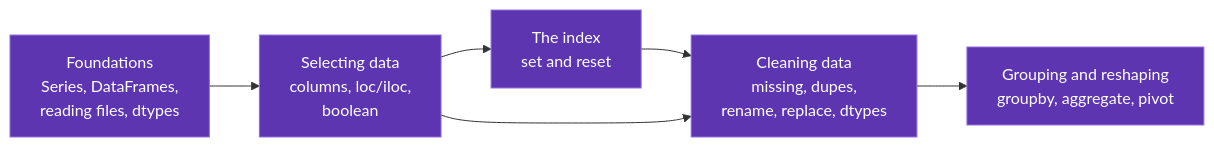
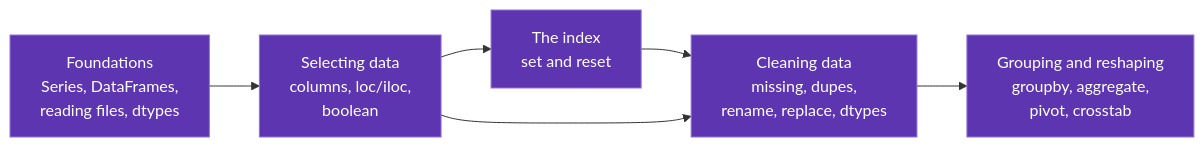
The diagram in docs/index.md (karywnl/pandas), drawn with Mermaid before and after one commit. The commit also changed 3 other files, not shown here.

````diff
--- a/docs/index.md
+++ b/docs/index.md
@@ -16,13 +16,13 @@
 ```mermaid
 flowchart LR
     F["Foundations<br/>Series, DataFrames,<br/>reading files, dtypes"] --> SEL["Selecting data<br/>columns, loc/iloc,<br/>boolean"]
     SEL --> IDX["The index<br/>set and reset"]
     IDX --> CLEAN["Cleaning data<br/>missing, dupes,<br/>rename, replace, dtypes"]
-    CLEAN --> GRP["Grouping and reshaping<br/>groupby, aggregate, pivot"]
+    CLEAN --> GRP["Grouping and reshaping<br/>groupby, aggregate,<br/>pivot, crosstab"]
     SEL --> CLEAN
     style F fill:#5e35b1,color:#fff
     style SEL fill:#5e35b1,color:#fff
     style IDX fill:#5e35b1,color:#fff
     style CLEAN fill:#5e35b1,color:#fff
     style GRP fill:#5e35b1,color:#fff
 ```
````
